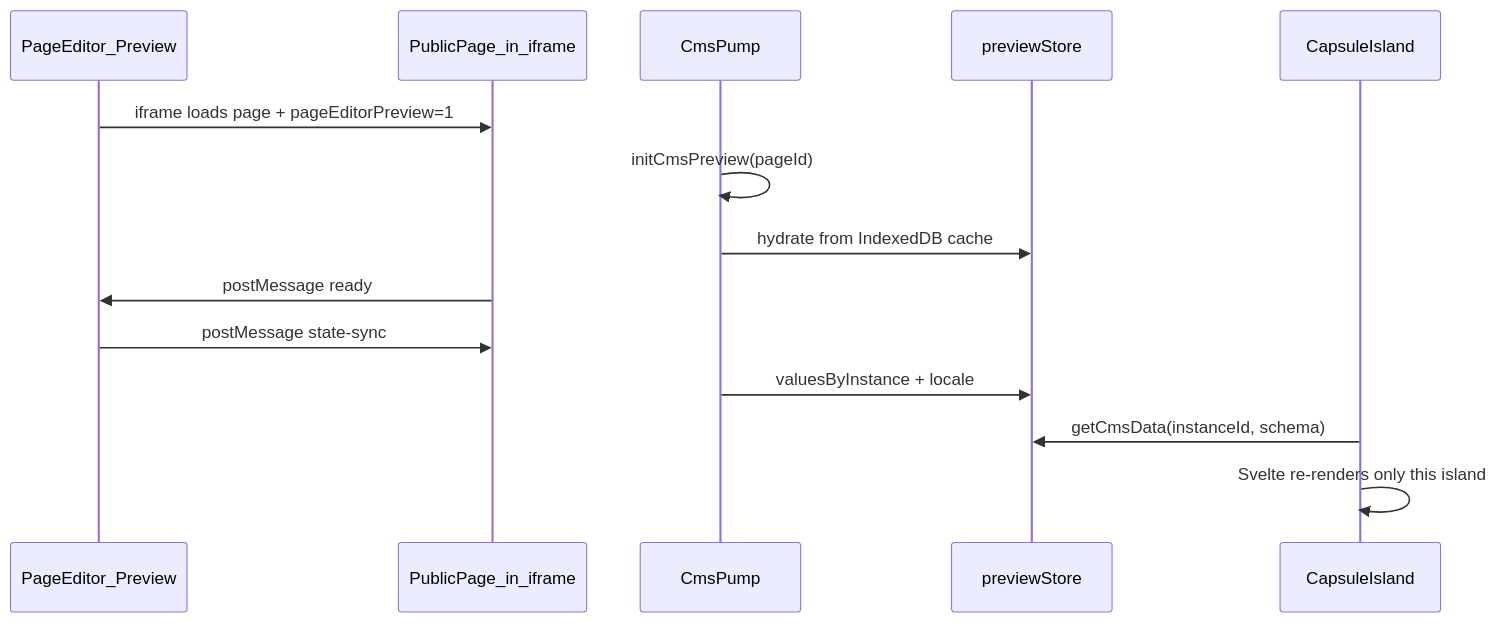
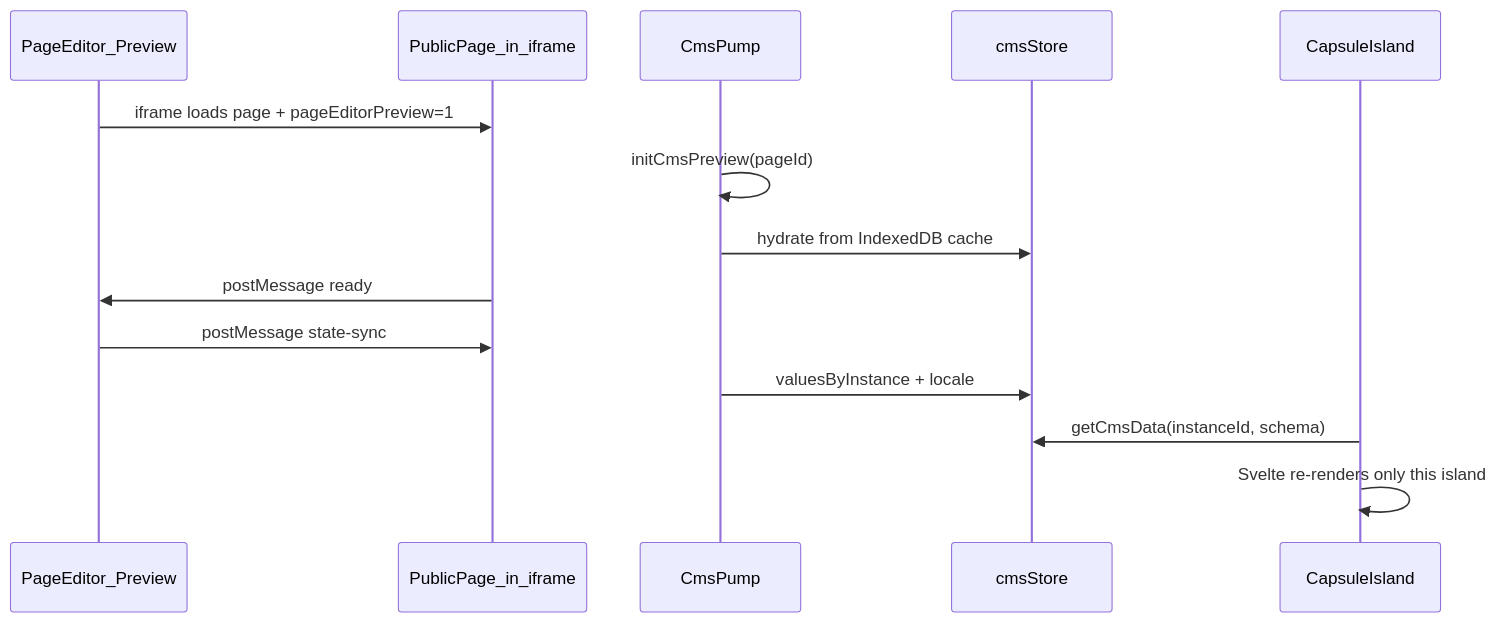
The diagram in docs/cms/live-preview.md (oriolmontcreus/capsulo-svelte), drawn with Mermaid before and after one commit. The commit also changed other lines of this file and 15 other files, not shown here.

````diff
--- a/docs/cms/live-preview.md
+++ b/docs/cms/live-preview.md
@@ -17,17 +17,17 @@
 ```mermaid
 sequenceDiagram
   participant Editor as PageEditor_Preview
   participant Iframe as PublicPage_in_iframe
   participant Pump as CmsPump
-  participant Store as previewStore
+  participant Store as cmsStore
   participant Capsule as CapsuleIsland
 
   Editor->>Iframe: iframe loads page + pageEditorPreview=1
   Pump->>Pump: initCmsPreview(pageId)
   Pump->>Store: hydrate from IndexedDB cache
   Iframe->>Editor: postMessage ready
   Editor->>Iframe: postMessage state-sync
   Pump->>Store: valuesByInstance + locale
   Capsule->>Store: getCmsData(instanceId, schema)
   Capsule->>Capsule: Svelte re-renders only this island
 ```
````
